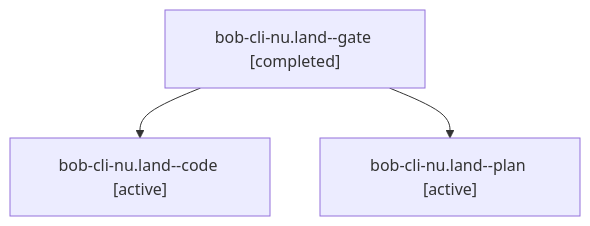
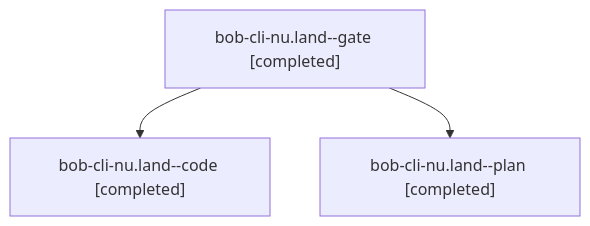
The diagram in sessions/bbugyi200.apollo.bob-cli-nu.land.md (bobs-org/bob-cli--agents), drawn with Mermaid before and after one commit. The commit also changed other lines of this file and 33 other files, not shown here.

````diff
--- a/sessions/bbugyi200.apollo.bob-cli-nu.land.md
+++ b/sessions/bbugyi200.apollo.bob-cli-nu.land.md
@@ -9,8 +9,8 @@
 ```mermaid
 flowchart TD
   n0["bob-cli-nu.land--gate [completed]"]
-  n1["bob-cli-nu.land--code [active]"]
+  n1["bob-cli-nu.land--code [completed]"]
   n0 --> n1
-  n2["bob-cli-nu.land--plan [active]"]
+  n2["bob-cli-nu.land--plan [completed]"]
   n0 --> n2
 ```
````
